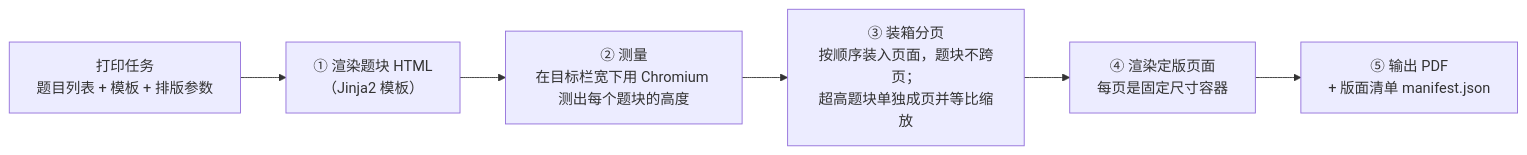
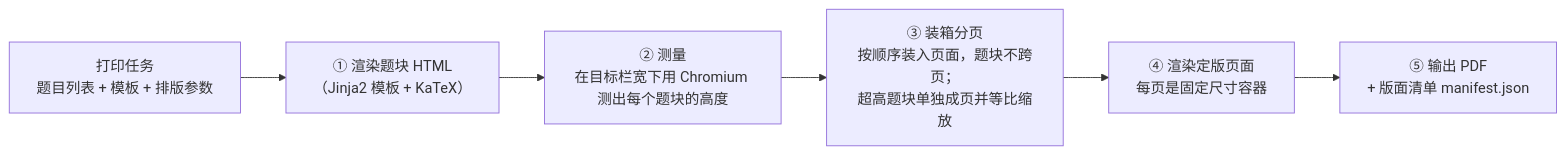
Before and after one commit to tianbao424/Claude-made-stock-bot: the third of 3 diagrams in mistake-mastery/docs/03-system-architecture.md, drawn with Mermaid. The commit also changed other lines of this file and 10 other files, not shown here.

````diff
--- a/mistake-mastery/docs/03-system-architecture.md
+++ b/mistake-mastery/docs/03-system-architecture.md
@@ -206,8 +172,8 @@
 ```mermaid
 flowchart LR
-    A[打印任务<br/>题目列表 + 模板 + 排版参数] --> B["① 渲染题块 HTML<br/>（Jinja2 模板）"]
+    A[打印任务<br/>题目列表 + 模板 + 排版参数] --> B["① 渲染题块 HTML<br/>（Jinja2 模板 + KaTeX）"]
     B --> C["② 测量<br/>在目标栏宽下用 Chromium 测出每个题块的高度"]
     C --> D["③ 装箱分页<br/>按顺序装入页面，题块不跨页；<br/>超高题块单独成页并等比缩放"]
     D --> E["④ 渲染定版页面<br/>每页是固定尺寸容器"]
     E --> F["⑤ 输出 PDF<br/>+ 版面清单 manifest.json"]
 ```
````
